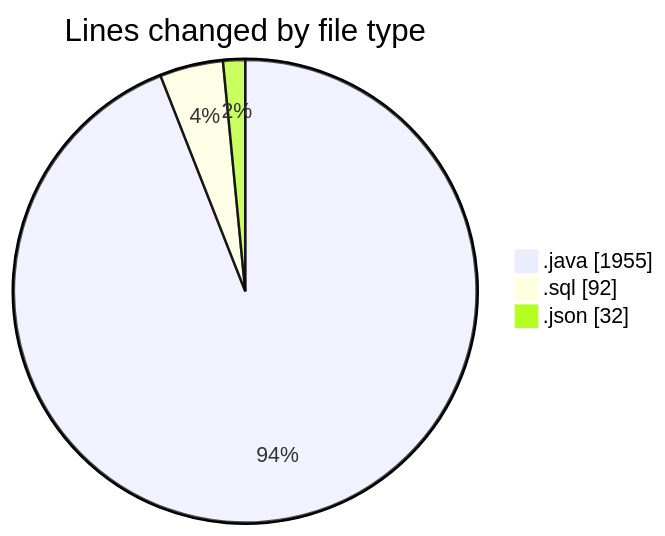
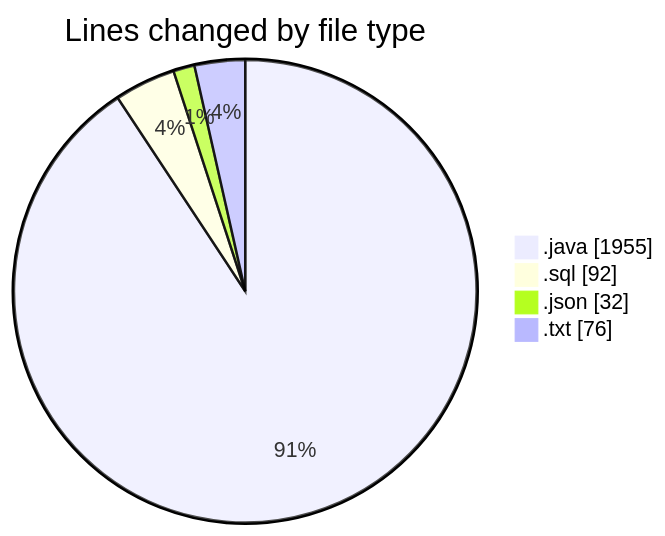
One commit to ricardozamudiocil/code-tracking changed the first of 2 diagrams in 2026-06-23/cilapp/README.md. Above: the diagram before and after it, drawn with Mermaid. The commit also changed other lines of this file and 1 other file, not shown here.

````diff
--- a/2026-06-23/cilapp/README.md
+++ b/2026-06-23/cilapp/README.md
@@ -24,7 +25,8 @@
 ```mermaid
 pie showData
 title Lines changed by file type
 ".java" : 1955
 ".sql" : 92
 ".json" : 32
+".txt" : 76
 ```
````
